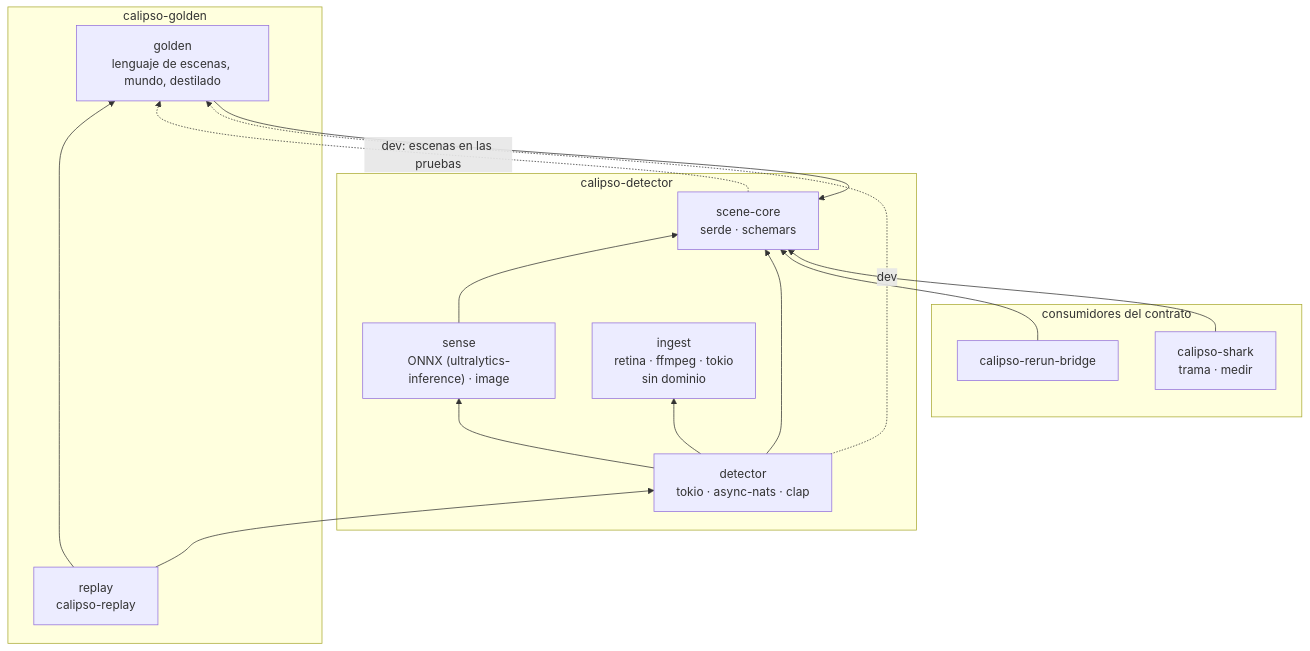
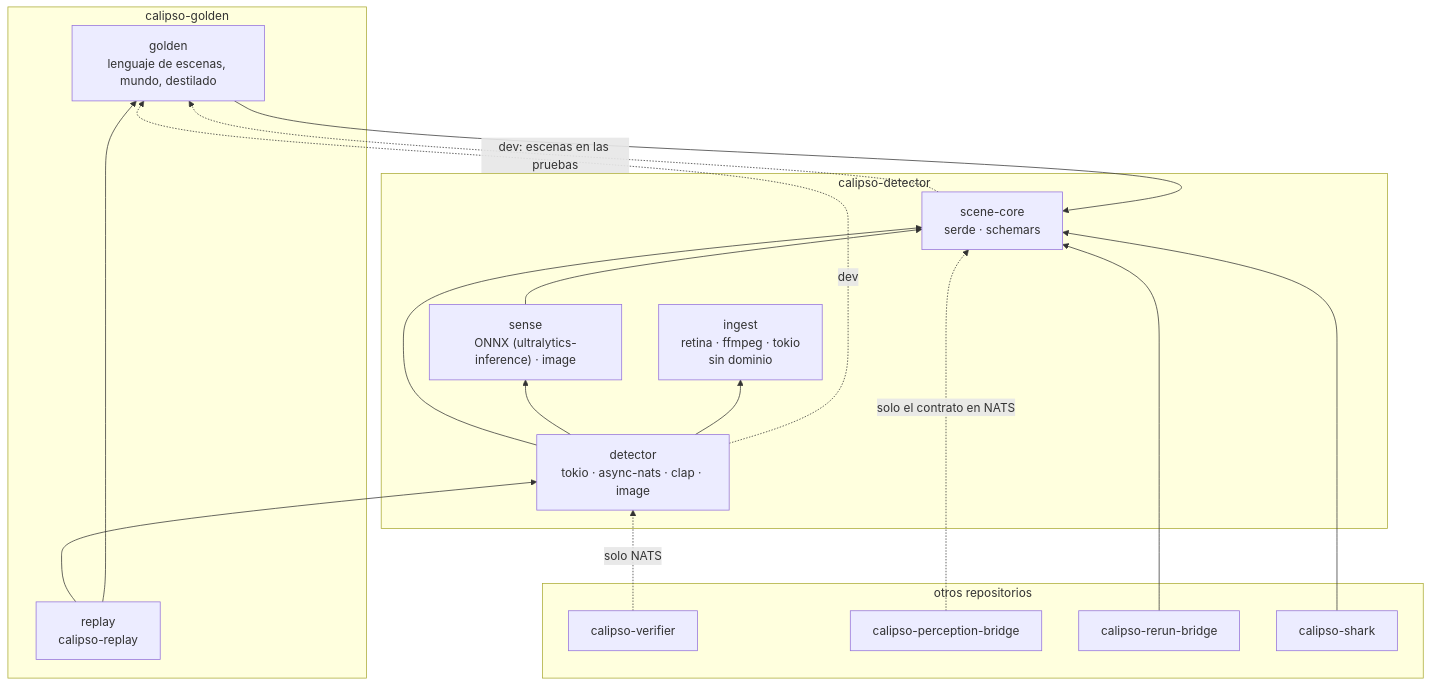
The seventh of 9 diagrams in arquitectura-c4.md (e7canasta/calipso-detector), drawn with Mermaid before and after one commit. The commit also changed other lines of this file and 2 other files, not shown here.

````diff
--- a/arquitectura-c4.md
+++ b/arquitectura-c4.md
@@ -299,29 +391,33 @@
 ```mermaid
 flowchart BT
     subgraph detector_repo["calipso-detector"]
         core["scene-core<br/>serde · schemars"]
         sense["sense<br/>ONNX (ultralytics-inference) · image"]
         ingest["ingest<br/>retina · ffmpeg · tokio<br/>sin dominio"]
-        detector["detector<br/>tokio · async-nats · clap"]
+        detector["detector<br/>tokio · async-nats · clap · image"]
     end
     subgraph golden_repo["calipso-golden"]
         golden["golden<br/>lenguaje de escenas, mundo, destilado"]
         replay["replay<br/>calipso-replay"]
     end
-    subgraph consumers["consumidores del contrato"]
+    subgraph others["otros repositorios"]
+        verifier["calipso-verifier"]
+        pbridge["calipso-perception-bridge"]
         bridge["calipso-rerun-bridge"]
-        shark["calipso-shark<br/>trama · medir"]
+        shark["calipso-shark"]
     end
 
     sense --> core
     detector --> core
     detector --> sense
     detector --> ingest
     golden --> core
     replay --> detector
     replay --> golden
     bridge --> core
     shark --> core
     core -.->|"dev: escenas en las pruebas"| golden
     detector -.->|"dev"| golden
+    verifier -.->|"solo NATS"| detector
+    pbridge -.->|"solo el contrato en NATS"| core
 ```
````
